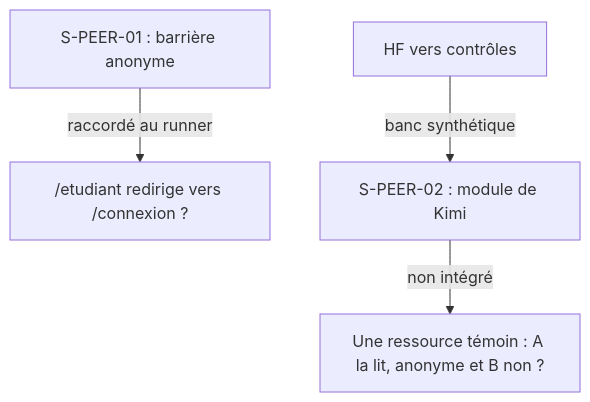
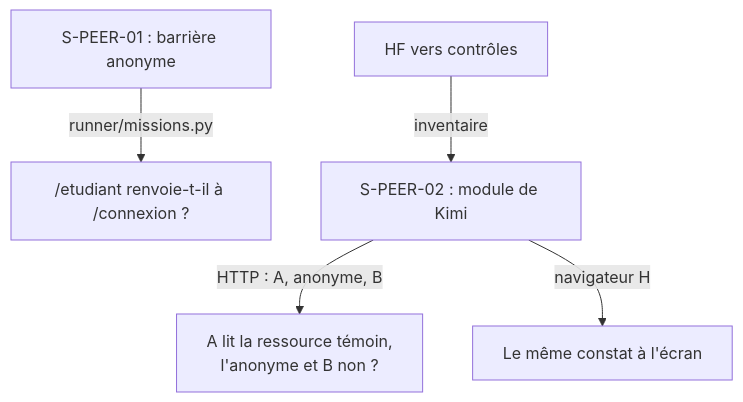
Before and after one commit to jkinvi-byte/hsentinel-alertes: the seventh of 9 diagrams in ARCHITECTURE.md, drawn with Mermaid. The commit also changed other lines of this file and 11 other files, not shown here.

First line of the commit message:
QA connecté sur Peer Review ; agent QA public recréé ; architecture relue contre le code

````diff
--- a/ARCHITECTURE.md
+++ b/ARCHITECTURE.md
@@ -174,6 +178,7 @@
 ```mermaid
 flowchart TD
-  S1["S-PEER-01 : barrière anonyme"] -- "raccordé au runner" --> R1["/etudiant redirige vers /connexion ?"]
-  HP["HF vers contrôles"] -- "banc synthétique" --> S2["S-PEER-02 : module de Kimi"]
-  S2 -- "non intégré" --> R2["Une ressource témoin : A la lit, anonyme et B non ?"]
+  S1["S-PEER-01 : barrière anonyme"] -- "runner/missions.py" --> R1["/etudiant renvoie-t-il à /connexion ?"]
+  HP["HF vers contrôles"] -- "inventaire" --> S2["S-PEER-02 : module de Kimi"]
+  S2 -- "HTTP : A, anonyme, B" --> R2["A lit la ressource témoin,<br/>l'anonyme et B non ?"]
+  S2 -- "navigateur H" --> R3["Le même constat à l'écran"]
 ```
````
